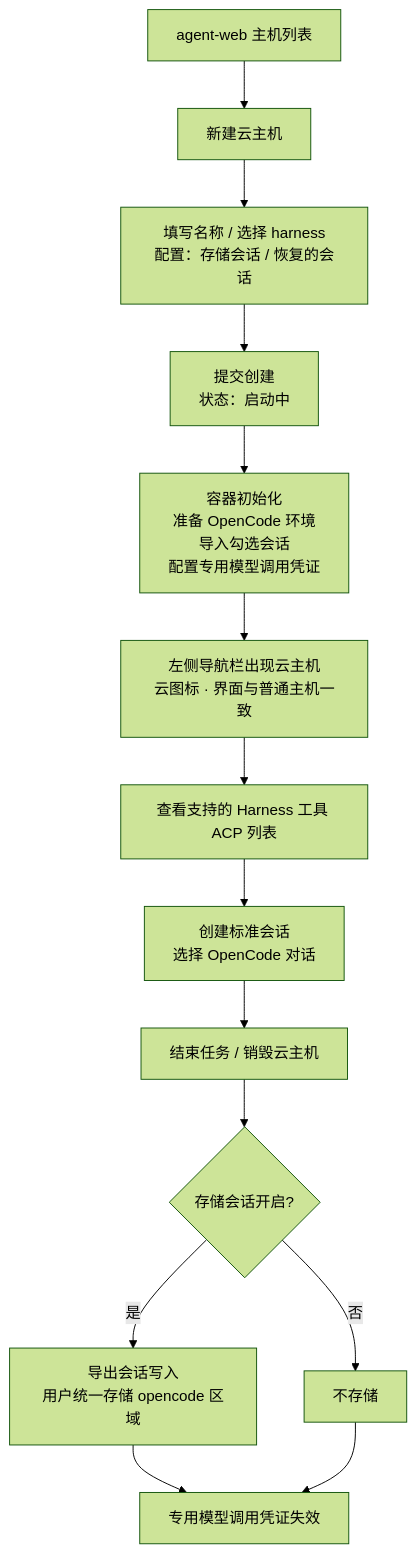
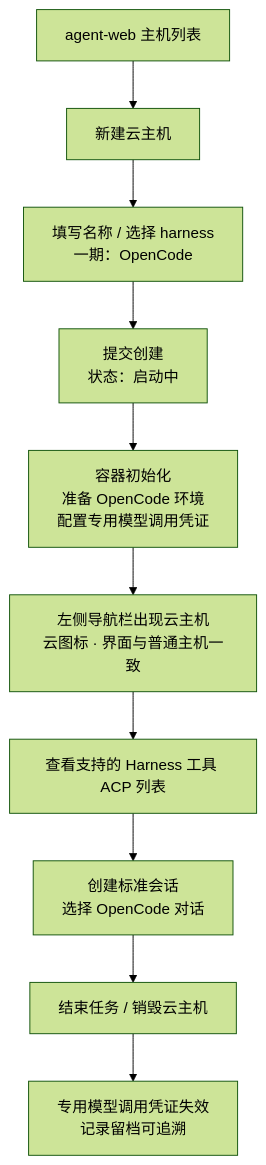
Before and after one commit to Deliay/z-agent-gear: the first of 2 diagrams in docs/product/draft/20261020-container-harness-support.md, drawn with Mermaid (forest theme). The commit also changed other lines of this file and 3 other files, not shown here.

First line of the commit message:
docs(harness): 范围裁剪返工 v3.0——统一存储与会话存取移至二期，一期聚焦云主机与 OpenCode 模型计费

````diff
--- a/docs/product/draft/20261020-container-harness-support.md
+++ b/docs/product/draft/20261020-container-harness-support.md
@@ -214,16 +174,12 @@
 ```mermaid
 flowchart TD
     A[agent-web 主机列表] --> B[新建云主机]
-    B --> C[填写名称 / 选择 harness<br/>配置：存储会话 / 恢复的会话]
+    B --> C[填写名称 / 选择 harness<br/>一期：OpenCode]
     C --> D[提交创建<br/>状态：启动中]
-    D --> E[容器初始化<br/>准备 OpenCode 环境<br/>导入勾选会话<br/>配置专用模型调用凭证]
+    D --> E[容器初始化<br/>准备 OpenCode 环境<br/>配置专用模型调用凭证]
     E --> F[左侧导航栏出现云主机<br/>云图标 · 界面与普通主机一致]
     F --> G[查看支持的 Harness 工具 ACP 列表]
     G --> H[创建标准会话<br/>选择 OpenCode 对话]
     H --> I[结束任务 / 销毁云主机]
-    I --> J{存储会话开启?}
-    J -->|是| K[导出会话写入<br/>用户统一存储 opencode 区域]
-    J -->|否| L[不存储]
-    K --> M[专用模型调用凭证失效]
-    L --> M
+    I --> J[专用模型调用凭证失效<br/>记录留档可追溯]
 ```
````
